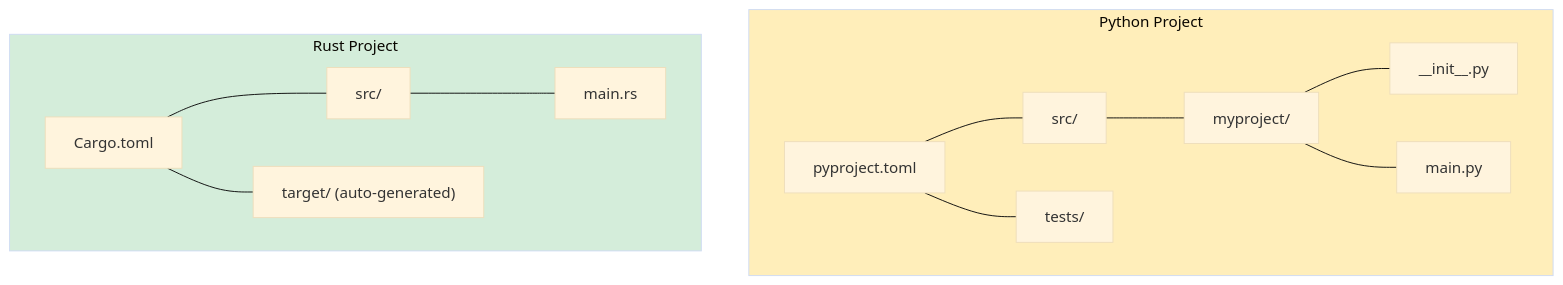
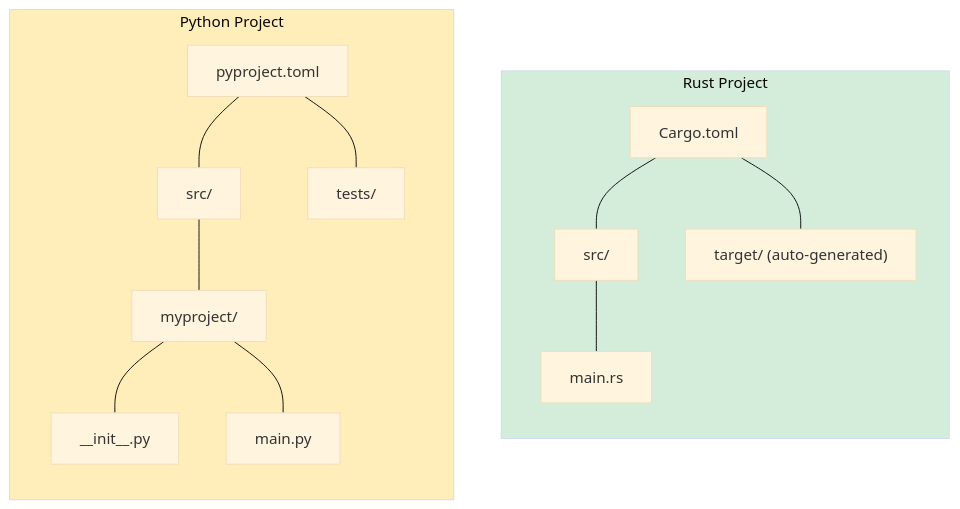
Before and after one commit to ruhankhandakar/rust-learning-microsoft: the diagram in content/python-book/ch02-getting-started.md, drawn with Mermaid (base theme). The commit also changed 18 other files, not shown here.

````diff
--- a/content/python-book/ch02-getting-started.md
+++ b/content/python-book/ch02-getting-started.md
@@ -109,17 +109,18 @@
 ```mermaid
-graph TD
+graph LR
     subgraph Python ["Python Project"]
         PP["pyproject.toml"] --- PS["src/"]
         PS --- PM["myproject/"]
         PM --- PI["__init__.py"]
         PM --- PMN["main.py"]
         PP --- PT["tests/"]
     end
     subgraph Rust ["Rust Project"]
         RC["Cargo.toml"] --- RS["src/"]
         RS --- RM["main.rs"]
         RC --- RTG["target/ (auto-generated)"]
     end
+    Python ~~~ Rust
     style Python fill:#ffeeba
     style Rust fill:#d4edda
 ```
````
